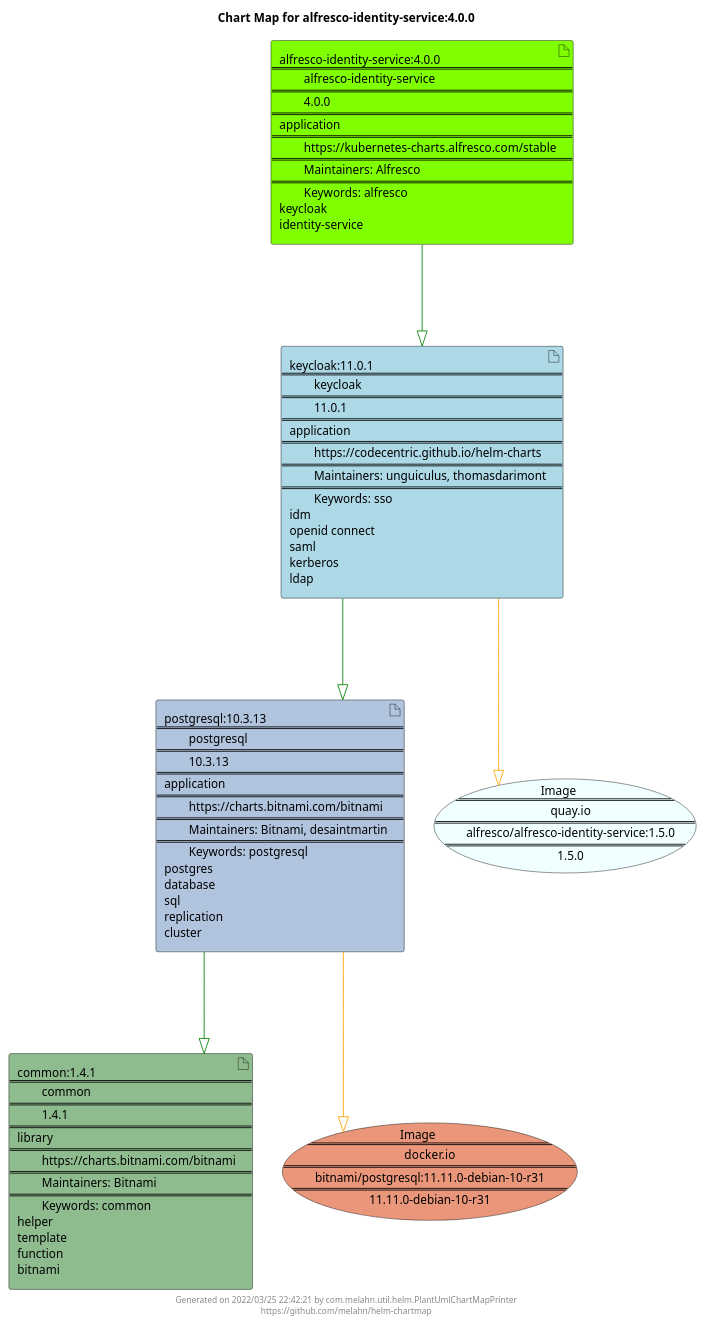
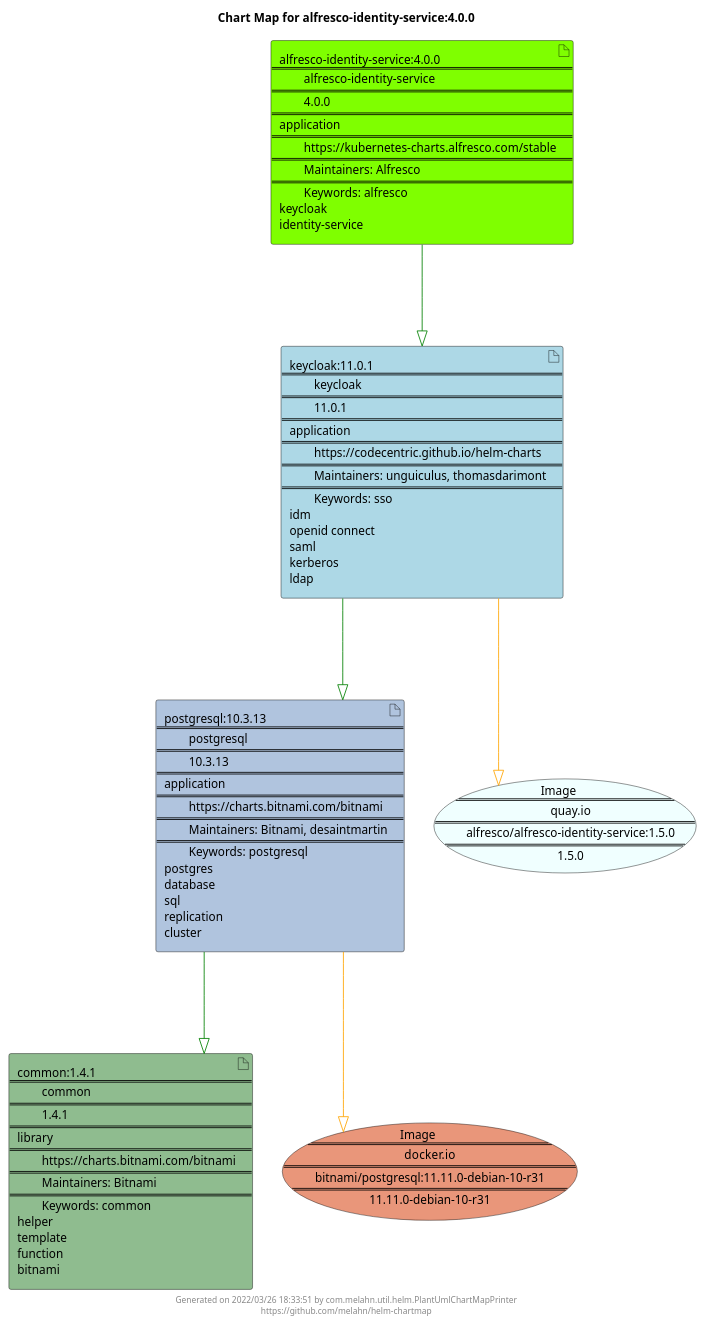
Before and after one commit to melahn/helm-chartmap: the diagram in docs/alfresco-identity-service/alfresco-identity-service-4.0.0.puml, drawn with PlantUML. The commit also changed 55 other files, not shown here.

Commit message:
Update Example Chart Maps as part of GitHub build

```diff
--- a/docs/alfresco-identity-service/alfresco-identity-service-4.0.0.puml
+++ b/docs/alfresco-identity-service/alfresco-identity-service-4.0.0.puml
@@ -1,29 +1,29 @@
 @startuml
 skinparam linetype ortho
 skinparam backgroundColor white
 skinparam usecaseBorderColor black
 skinparam usecaseArrowColor LightSlateGray
 skinparam artifactBorderColor black
 skinparam artifactArrowColor LightSlateGray
 
 title Chart Map for alfresco-identity-service:4.0.0
 
 'There are 4 referenced Helm Charts
 artifact "common:1.4.1\n====\n\tcommon\n====\n\t1.4.1\n====\nlibrary\n====\n\thttps://charts.bitnami.com/bitnami\n====\n\tMaintainers: Bitnami\n====\n\tKeywords: common\nhelper\ntemplate\nfunction\nbitnami" as common_1_4_1 #DarkSeaGreen
 artifact "alfresco-identity-service:4.0.0\n====\n\talfresco-identity-service\n====\n\t4.0.0\n====\napplication\n====\n\thttps://kubernetes-charts.alfresco.com/stable\n====\n\tMaintainers: Alfresco\n====\n\tKeywords: alfresco\nkeycloak\nidentity-service" as alfresco_identity_service_4_0_0 #Chartreuse
 artifact "postgresql:10.3.13\n====\n\tpostgresql\n====\n\t10.3.13\n====\napplication\n====\n\thttps://charts.bitnami.com/bitnami\n====\n\tMaintainers: Bitnami, desaintmartin\n====\n\tKeywords: postgresql\npostgres\ndatabase\nsql\nreplication\ncluster" as postgresql_10_3_13 #LightSteelBlue
 artifact "keycloak:11.0.1\n====\n\tkeycloak\n====\n\t11.0.1\n====\napplication\n====\n\thttps://codecentric.github.io/helm-charts\n====\n\tMaintainers: unguiculus, thomasdarimont\n====\n\tKeywords: sso\nidm\nopenid connect\nsaml\nkerberos\nldap" as keycloak_11_0_1 #LightBlue
 
 'There are 2 referenced Docker Images
 usecase "Image\n====\n\tquay.io\n====\n\talfresco/alfresco-identity-service:1.5.0\n====\n\t1.5.0" as quay_io_alfresco_alfresco_identity_service_1_5_0 #Azure
 usecase "Image\n====\n\tdocker.io\n====\n\tbitnami/postgresql:11.11.0-debian-10-r31\n====\n\t11.11.0-debian-10-r31" as docker_io_bitnami_postgresql_11_11_0_debian_10_r31 #DarkSalmon
 
 'Chart Dependencies
 alfresco_identity_service_4_0_0--[#green]-|>keycloak_11_0_1
 keycloak_11_0_1--[#green]-|>postgresql_10_3_13
 postgresql_10_3_13--[#green]-|>common_1_4_1
 postgresql_10_3_13--[#orange]-|>docker_io_bitnami_postgresql_11_11_0_debian_10_r31
 keycloak_11_0_1--[#orange]-|>quay_io_alfresco_alfresco_identity_service_1_5_0
 
-center footer Generated on 2022/03/25 22:42:21 by com.melahn.util.helm.PlantUmlChartMapPrinter\nhttps://github.com/melahn/helm-chartmap
+center footer Generated on 2022/03/26 18:33:51 by com.melahn.util.helm.PlantUmlChartMapPrinter\nhttps://github.com/melahn/helm-chartmap
 @enduml
```
